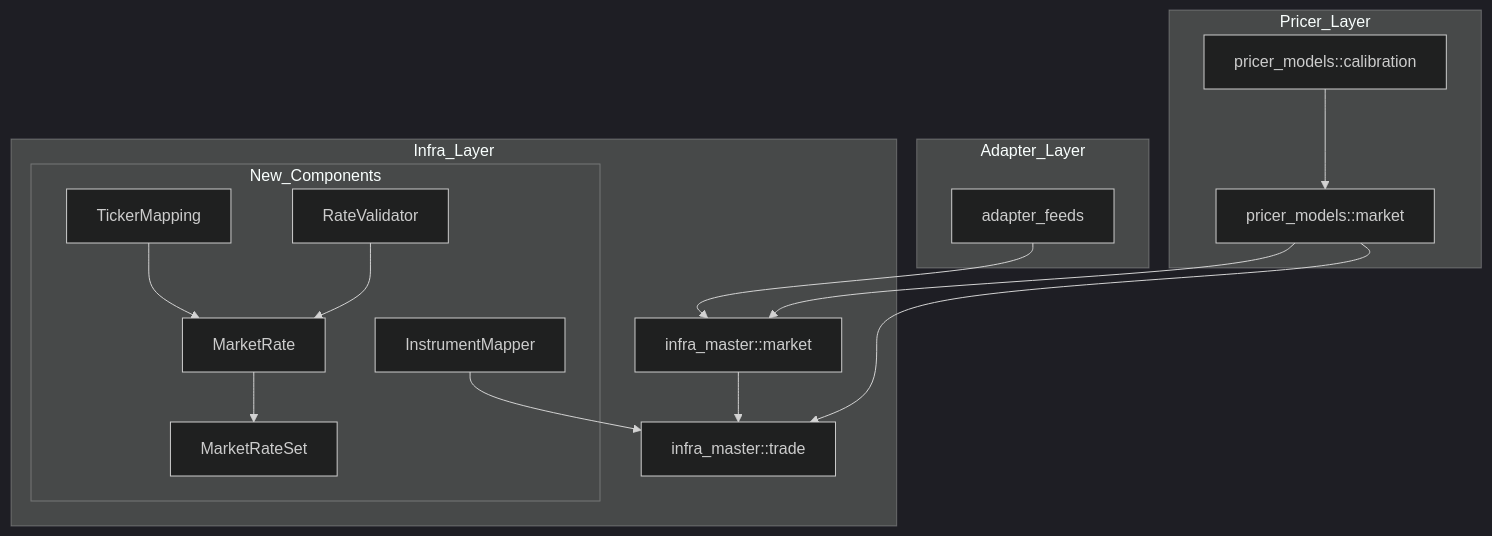
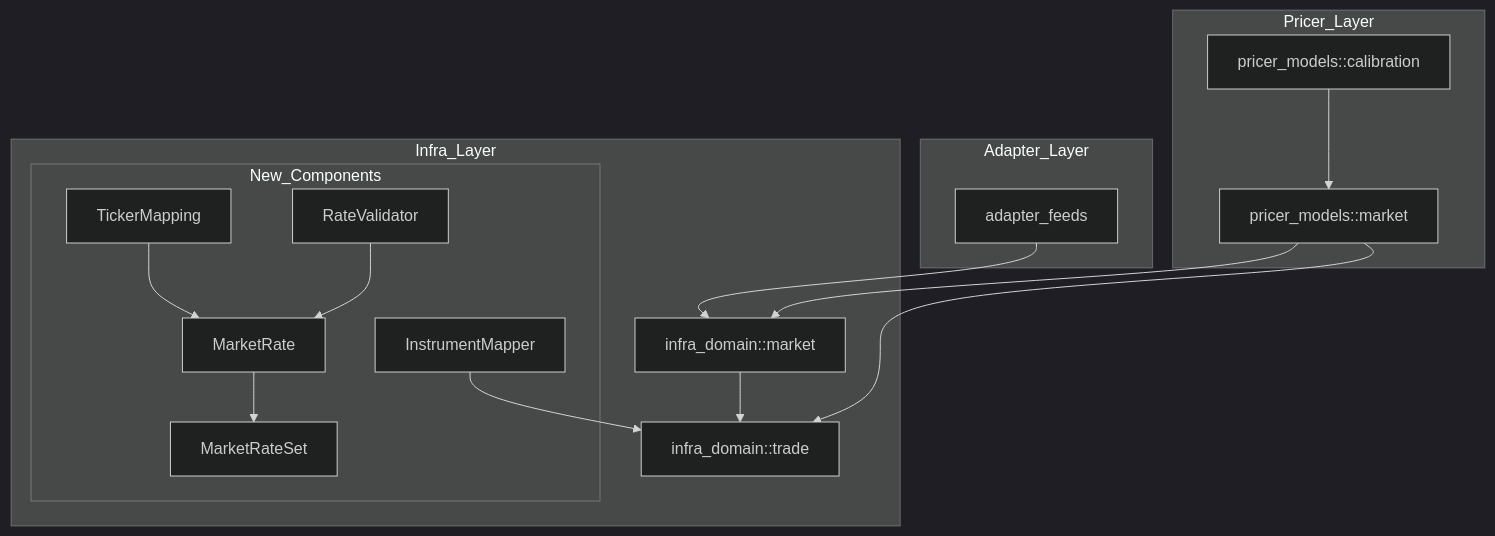
Before and after one commit to neutryx-lab/neutryx-rust: the first of 2 diagrams in .kiro/specs/market-rate-infrastructure/design.md, drawn with Mermaid (dark theme). The commit also changed other lines of this file and 303 other files, not shown here.

First line of the commit message:
Refactor imports from `infra_master` to `infra_domain`

````diff
--- a/.kiro/specs/market-rate-infrastructure/design.md
+++ b/.kiro/specs/market-rate-infrastructure/design.md
@@ -45,35 +45,35 @@
 ```mermaid
 graph TB
     subgraph Adapter_Layer
         AF[adapter_feeds]
     end
 
     subgraph Infra_Layer
-        IM[infra_master::market]
-        IT[infra_master::trade]
+        IM[infra_domain::market]
+        IT[infra_domain::trade]
 
         subgraph New_Components
             MR[MarketRate]
             RS[MarketRateSet]
             TM[TickerMapping]
             IM_trait[InstrumentMapper]
             RV[RateValidator]
         end
     end
 
     subgraph Pricer_Layer
         PM[pricer_models::market]
         PC[pricer_models::calibration]
     end
 
     AF --> IM
     IM --> IT
     PM --> IM
     PM --> IT
     PC --> PM
 
     MR --> RS
     TM --> MR
     IM_trait --> IT
     RV --> MR
 ```
````
